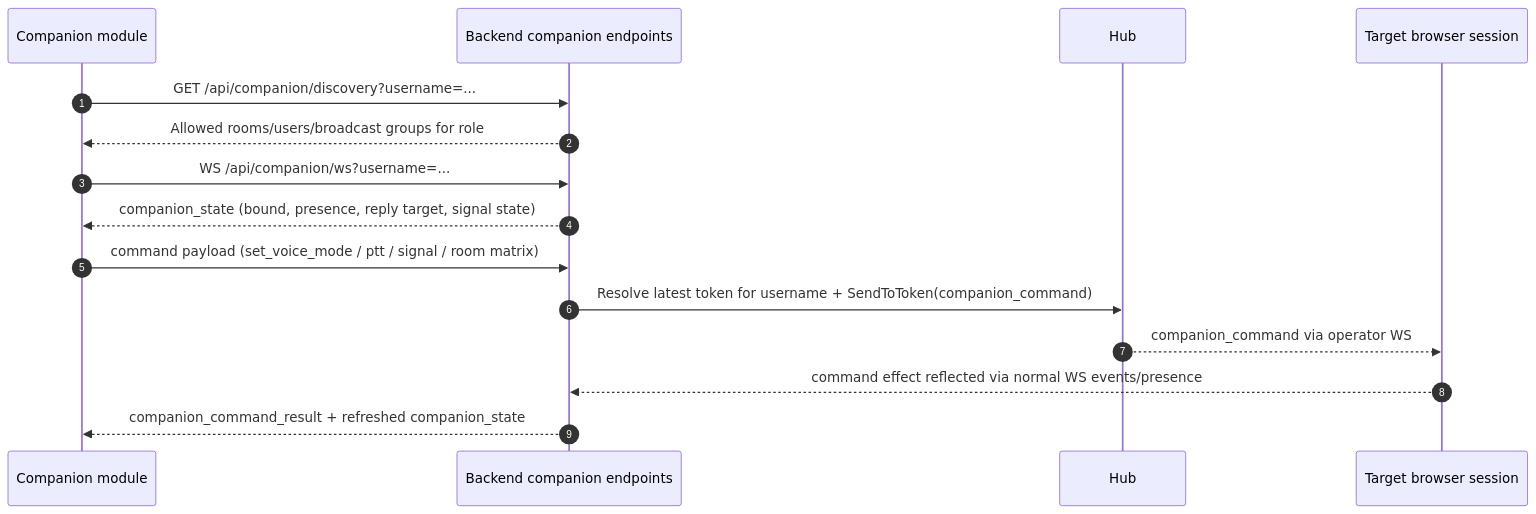
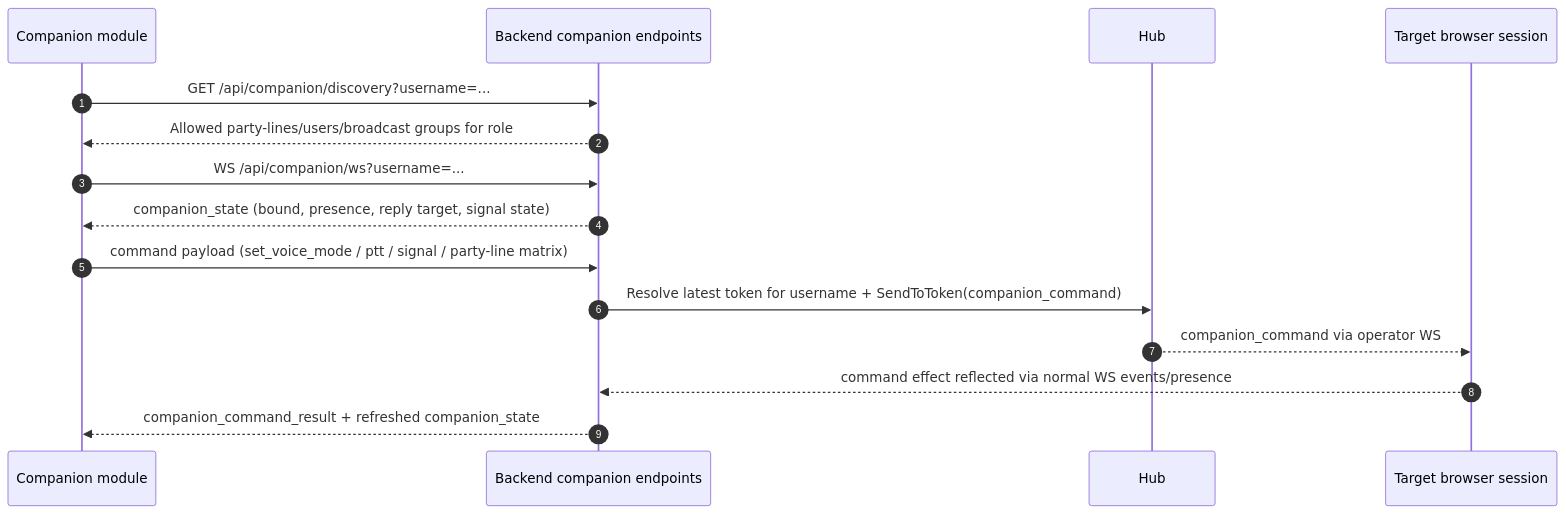
The third of 4 diagrams in docs/architecture-flow-diagram.md (KesherCom/kesher), drawn with Mermaid before and after one commit. The commit also changed other lines of this file and 28 other files, not shown here.

Commit message:
Rename rooms to party lines across UI/docs 🛠️\n\nThis updates labels, components, tests, docs and adds aliases. Closes #18

````diff
--- a/docs/architecture-flow-diagram.md
+++ b/docs/architecture-flow-diagram.md
@@ -162,18 +162,18 @@
 ```mermaid
 sequenceDiagram
   autonumber
   participant MOD as Companion module
   participant API as Backend companion endpoints
   participant HUB as Hub
   participant FE as Target browser session
 
   MOD->>API: GET /api/companion/discovery?username=...
-  API-->>MOD: Allowed rooms/users/broadcast groups for role
+  API-->>MOD: Allowed party-lines/users/broadcast groups for role
   MOD->>API: WS /api/companion/ws?username=...
   API-->>MOD: companion_state (bound, presence, reply target, signal state)
-  MOD->>API: command payload (set_voice_mode / ptt / signal / room matrix)
+  MOD->>API: command payload (set_voice_mode / ptt / signal / party-line matrix)
   API->>HUB: Resolve latest token for username + SendToToken(companion_command)
   HUB-->>FE: companion_command via operator WS
   FE-->>API: command effect reflected via normal WS events/presence
   API-->>MOD: companion_command_result + refreshed companion_state
 ```
````
